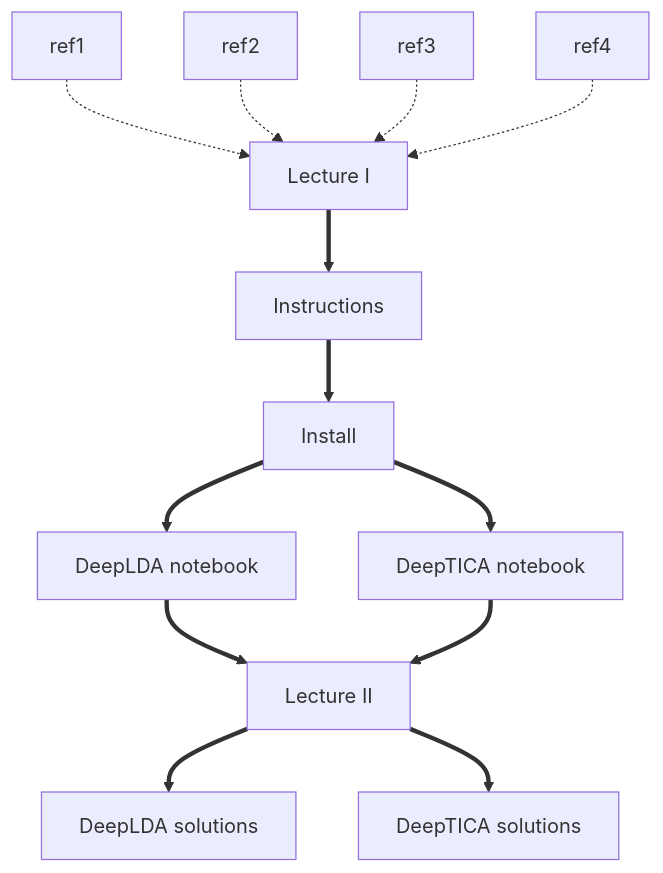
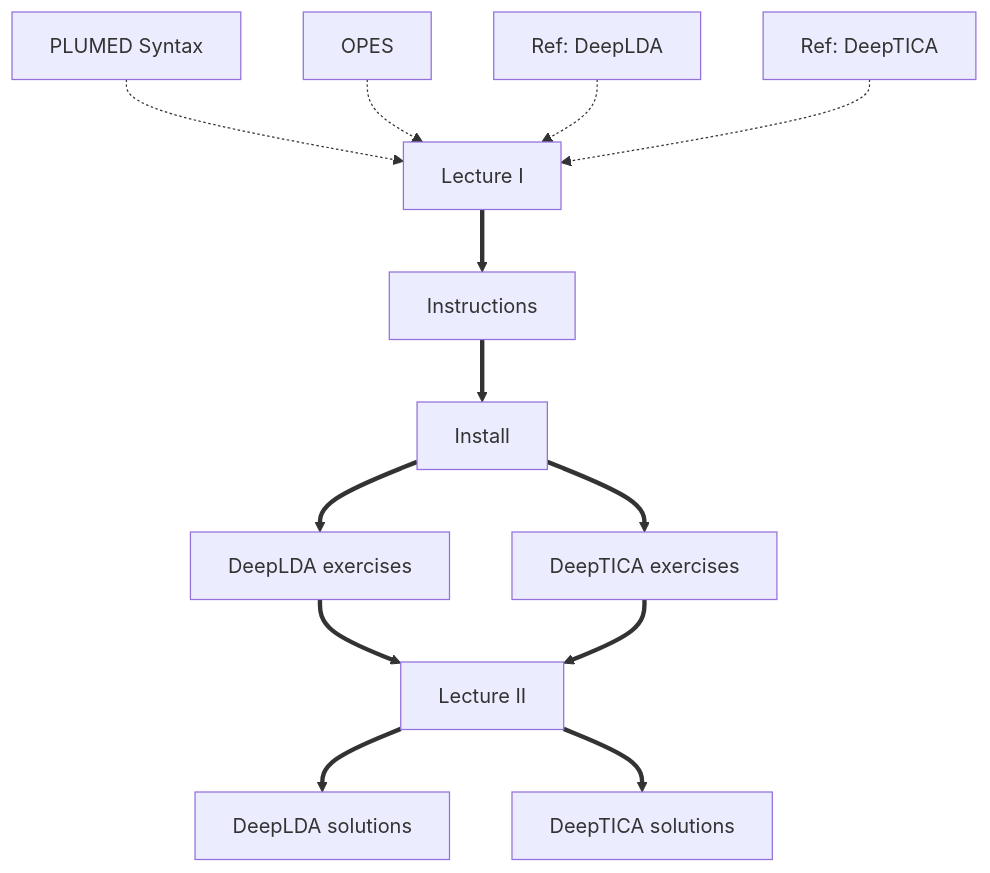
Before and after one commit to luigibonati/masterclass-plumed: the diagram in NAVIGATION.md, drawn with Mermaid. The commit also changed other lines of this file, not shown here.

Commit message:
updated flow chart

````diff
--- a/NAVIGATION.md
+++ b/NAVIGATION.md
@@ -14,27 +16,27 @@
 ```mermaid
 flowchart TB;
-  A[ref1] -.-> E[Lecture I];
-  B[ref2] -.-> E;
-  C[ref3] -.-> E;
-  D[ref4] -.-> E;
+  A[PLUMED Syntax] -.-> E[Lecture I];
+  B[OPES] -.-> E;
+  C[Ref: DeepLDA] -.-> E;
+  D[Ref: DeepTICA] -.-> E;
   E ==> F[Instructions];
   F ==> G[Install];
-  G ==> H[DeepLDA notebook];
-  G ==> I[DeepTICA notebook];
+  G ==> H[DeepLDA exercises];
+  G ==> I[DeepTICA exercises];
   H ==> L[Lecture II];
   I ==> L;
   L ==> M[DeepLDA solutions];
   L ==> N[DeepTICA solutions]
   click A "ref1" "A previous tutorial that introduces the basics of PLUMED syntax";
   click B "ref2" "A paper on the OPES method";
   click C "ref3" "A paper that introduced the DeepLDA method that is used in the tutorial";
   click D "ref4" "A paper that describes the DeepTICA method that is used in the tutorial"; 
   click E "video1" "A lecture that was given on March 28th 2022 as part of the plumed masterclass series about machine learning collective variables";
   click F "INSTRUCTIONS.md" "Instructions for the exercises that you are supposed to complete";
   click G "INSTALL.md" "Instructions for installing the required software.";
   click H "tutorial1_DeepLDA.ipynb" "A python notebook that discusses the exercises on deepLDA";
   click I "tutorial2_DeepTICA.ipynb" "A python notebook that discusses the exercises on deepTICA";  
   click L "video2" "A lecture that was given on April 4th 2022 as part of the plumed masterclass series that goes through the solutions to the exercises in the lesson";
   click M "solutions/tutorial1_DeepLDA.ipynb" "A python notebook with the solutions of the exercises on DeepLDA";
   click N "solutions/tutorial2_DeepTICA.ipynb" "A python notebook with the solutions of the exercises on DeepTICA";
 ```
````
